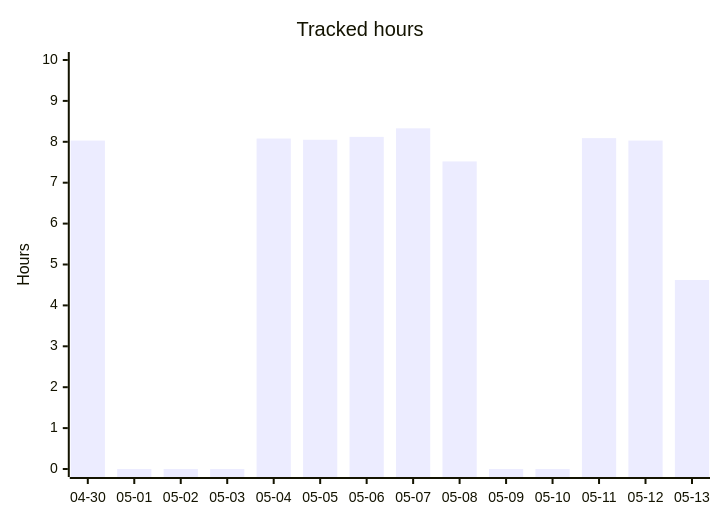
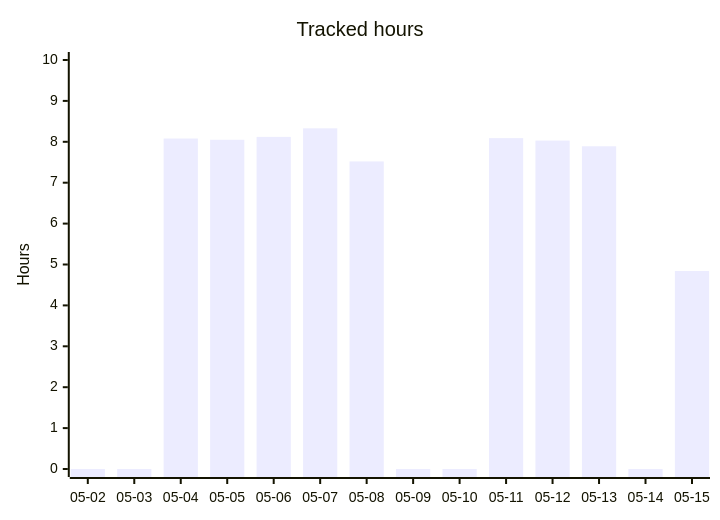
The second of 5 diagrams in README.org (albinforsberg-netizen/timeclock), drawn with Mermaid before and after one commit. The commit also changed other lines of this file, not shown here.

```diff
--- a/README.org
+++ b/README.org
@@ -86,7 +86,7 @@
 #+begin_src mermaid
 xychart-beta
     title "Tracked hours"
-    x-axis ["04-30", "05-01", "05-02", "05-03", "05-04", "05-05", "05-06", "05-07", "05-08", "05-09", "05-10", "05-11", "05-12", "05-13"]
+    x-axis ["05-02", "05-03", "05-04", "05-05", "05-06", "05-07", "05-08", "05-09", "05-10", "05-11", "05-12", "05-13", "05-14", "05-15"]
     y-axis "Hours" 0 --> 10
-    bar [8.03, 0.00, 0.00, 0.00, 8.08, 8.05, 8.12, 8.33, 7.52, 0.00, 0.00, 8.09, 8.03, 4.62]
+    bar [0.00, 0.00, 8.08, 8.05, 8.12, 8.33, 7.52, 0.00, 0.00, 8.09, 8.03, 7.89, 0.00, 4.84]
 #+end_src
```
